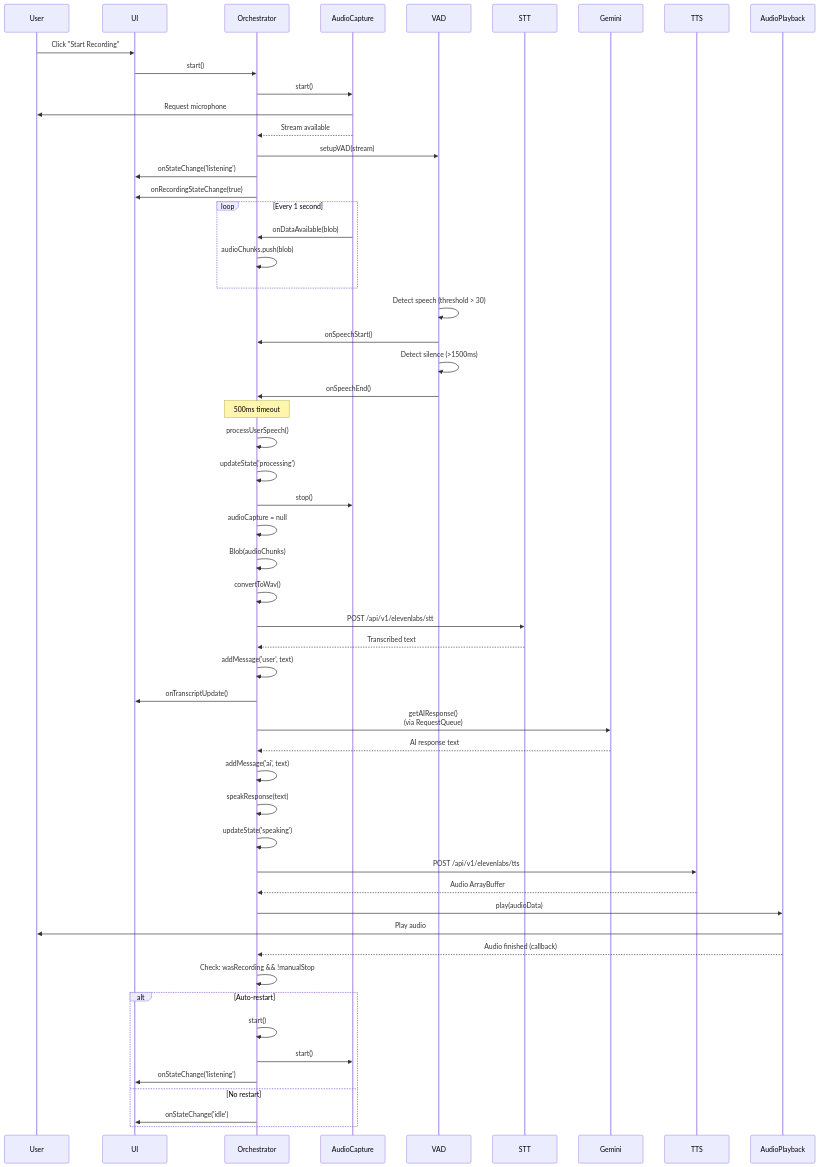
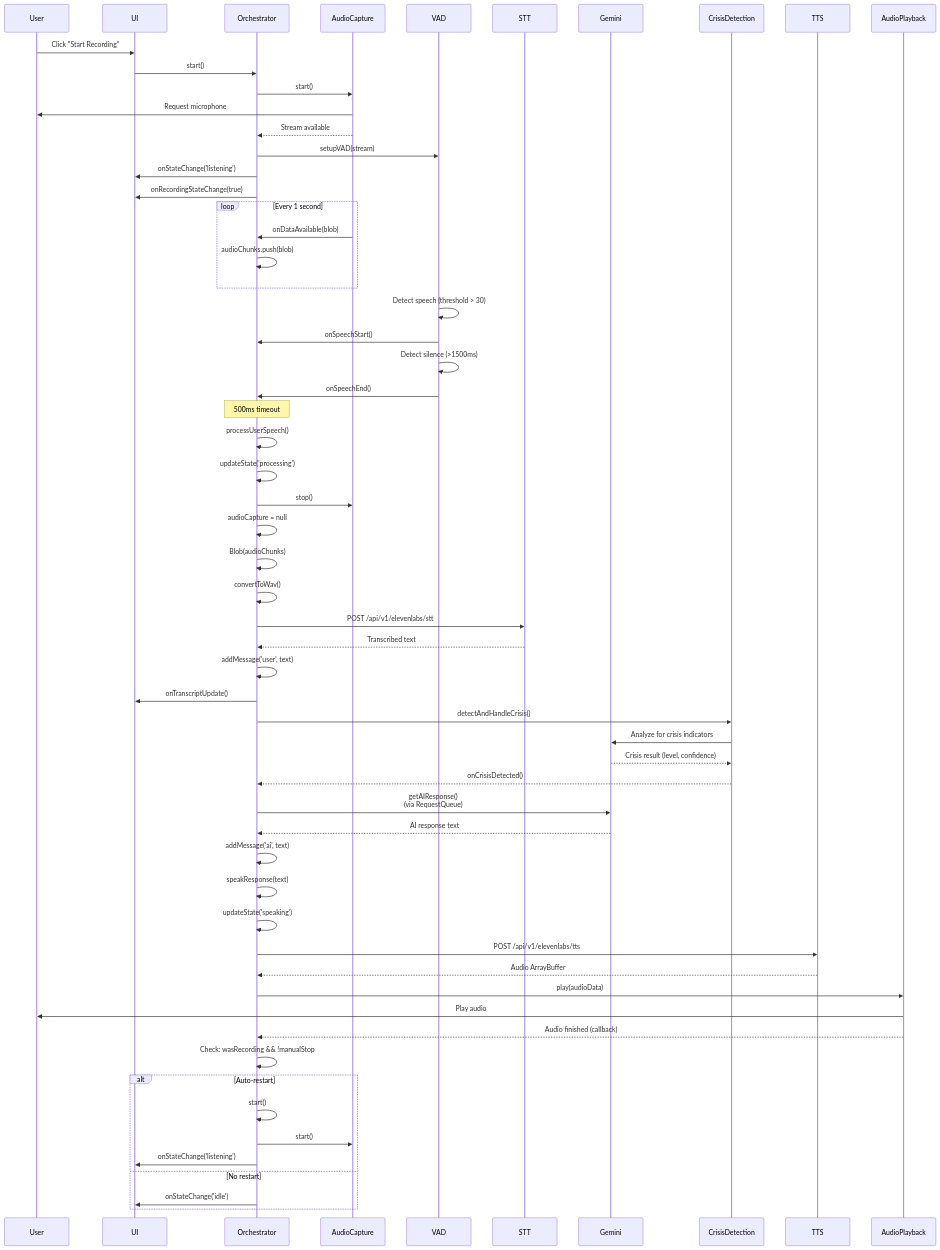
The fourth of 6 diagrams in docs/ARCHITECTURE_FLOWCHART.md (shahul01/voice-journal-therapy), drawn with Mermaid before and after one commit. The commit also changed other lines of this file and 5 other files, not shown here.

Commit message:
fix:f: updated voice profile names, update layout style. updated architect doc,- works & sv checked (0e -)

````diff
--- a/docs/ARCHITECTURE_FLOWCHART.md
+++ b/docs/ARCHITECTURE_FLOWCHART.md
@@ -214,61 +275,66 @@
 ```mermaid
 sequenceDiagram
     participant User
     participant UI
     participant Orchestrator
     participant AudioCapture
     participant VAD
     participant STT
     participant Gemini
+    participant CrisisDetection
     participant TTS
     participant AudioPlayback
 
     User->>UI: Click "Start Recording"
     UI->>Orchestrator: start()
     Orchestrator->>AudioCapture: start()
     AudioCapture->>User: Request microphone
     AudioCapture-->>Orchestrator: Stream available
     Orchestrator->>VAD: setupVAD(stream)
     Orchestrator->>UI: onStateChange('listening')
     Orchestrator->>UI: onRecordingStateChange(true)
 
     loop Every 1 second
         AudioCapture->>Orchestrator: onDataAvailable(blob)
         Orchestrator->>Orchestrator: audioChunks.push(blob)
     end
 
     VAD->>VAD: Detect speech (threshold > 30)
     VAD->>Orchestrator: onSpeechStart()
     VAD->>VAD: Detect silence (>1500ms)
     VAD->>Orchestrator: onSpeechEnd()
 
     Note over Orchestrator: 500ms timeout
     Orchestrator->>Orchestrator: processUserSpeech()
     Orchestrator->>Orchestrator: updateState('processing')
     Orchestrator->>AudioCapture: stop()
     Orchestrator->>Orchestrator: audioCapture = null
     Orchestrator->>Orchestrator: Blob(audioChunks)
     Orchestrator->>Orchestrator: convertToWav()
     Orchestrator->>STT: POST /api/v1/elevenlabs/stt
     STT-->>Orchestrator: Transcribed text
     Orchestrator->>Orchestrator: addMessage('user', text)
     Orchestrator->>UI: onTranscriptUpdate()
+    Orchestrator->>CrisisDetection: detectAndHandleCrisis()
+    CrisisDetection->>Gemini: Analyze for crisis indicators
+    Gemini-->>CrisisDetection: Crisis result (level, confidence)
+    CrisisDetection-->>Orchestrator: onCrisisDetected()
     Orchestrator->>Gemini: getAIResponse()<br/>(via RequestQueue)
     Gemini-->>Orchestrator: AI response text
     Orchestrator->>Orchestrator: addMessage('ai', text)
     Orchestrator->>Orchestrator: speakResponse(text)
     Orchestrator->>Orchestrator: updateState('speaking')
     Orchestrator->>TTS: POST /api/v1/elevenlabs/tts
     TTS-->>Orchestrator: Audio ArrayBuffer
     Orchestrator->>AudioPlayback: play(audioData)
     AudioPlayback->>User: Play audio
     AudioPlayback-->>Orchestrator: Audio finished (callback)
     Orchestrator->>Orchestrator: Check: wasRecording && !manualStop
     alt Auto-restart
         Orchestrator->>Orchestrator: start()
         Orchestrator->>AudioCapture: start()
         Orchestrator->>UI: onStateChange('listening')
     else No restart
         Orchestrator->>UI: onStateChange('idle')
     end
 ```
````
